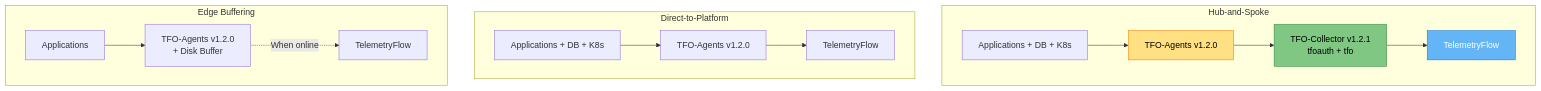
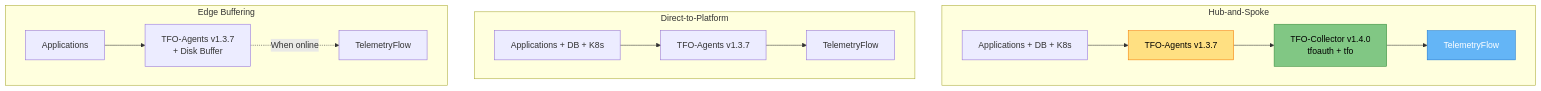
The first of 4 diagrams in tfo-otel/DEPLOYMENT.md (telemetryflow/telemetryflow-overview), drawn with Mermaid before and after one commit. The commit also changed other lines of this file and 11 other files, not shown here.

````diff
--- a/tfo-otel/DEPLOYMENT.md
+++ b/tfo-otel/DEPLOYMENT.md
@@ -46,22 +46,22 @@
 ```mermaid
 graph TB
     subgraph PATTERN1[Hub-and-Spoke]
-        APPS1[Applications + DB + K8s] --> AGENTS1[TFO-Agents v1.2.0]
-        AGENTS1 --> COLLECTORS1[TFO-Collector v1.2.1<br/>tfoauth + tfo]
+        APPS1[Applications + DB + K8s] --> AGENTS1[TFO-Agents v1.3.7]
+        AGENTS1 --> COLLECTORS1[TFO-Collector v1.4.0<br/>tfoauth + tfo]
         COLLECTORS1 --> PLATFORM1[TelemetryFlow]
     end
 
     subgraph PATTERN2[Direct-to-Platform]
-        APPS2[Applications + DB + K8s] --> AGENTS2[TFO-Agents v1.2.0]
+        APPS2[Applications + DB + K8s] --> AGENTS2[TFO-Agents v1.3.7]
         AGENTS2 --> PLATFORM2[TelemetryFlow]
     end
 
     subgraph PATTERN3[Edge Buffering]
-        APPS3[Applications] --> AGENTS3[TFO-Agents v1.2.0<br/>+ Disk Buffer]
+        APPS3[Applications] --> AGENTS3[TFO-Agents v1.3.7<br/>+ Disk Buffer]
         AGENTS3 -.->|When online| PLATFORM3[TelemetryFlow]
     end
 
     style COLLECTORS1 fill:#81C784,stroke:#388E3C,color:#000
     style AGENTS1 fill:#FFE082,stroke:#F57C00,color:#000
     style PLATFORM1 fill:#64B5F6,stroke:#1976D2,color:#fff
 ```
````
